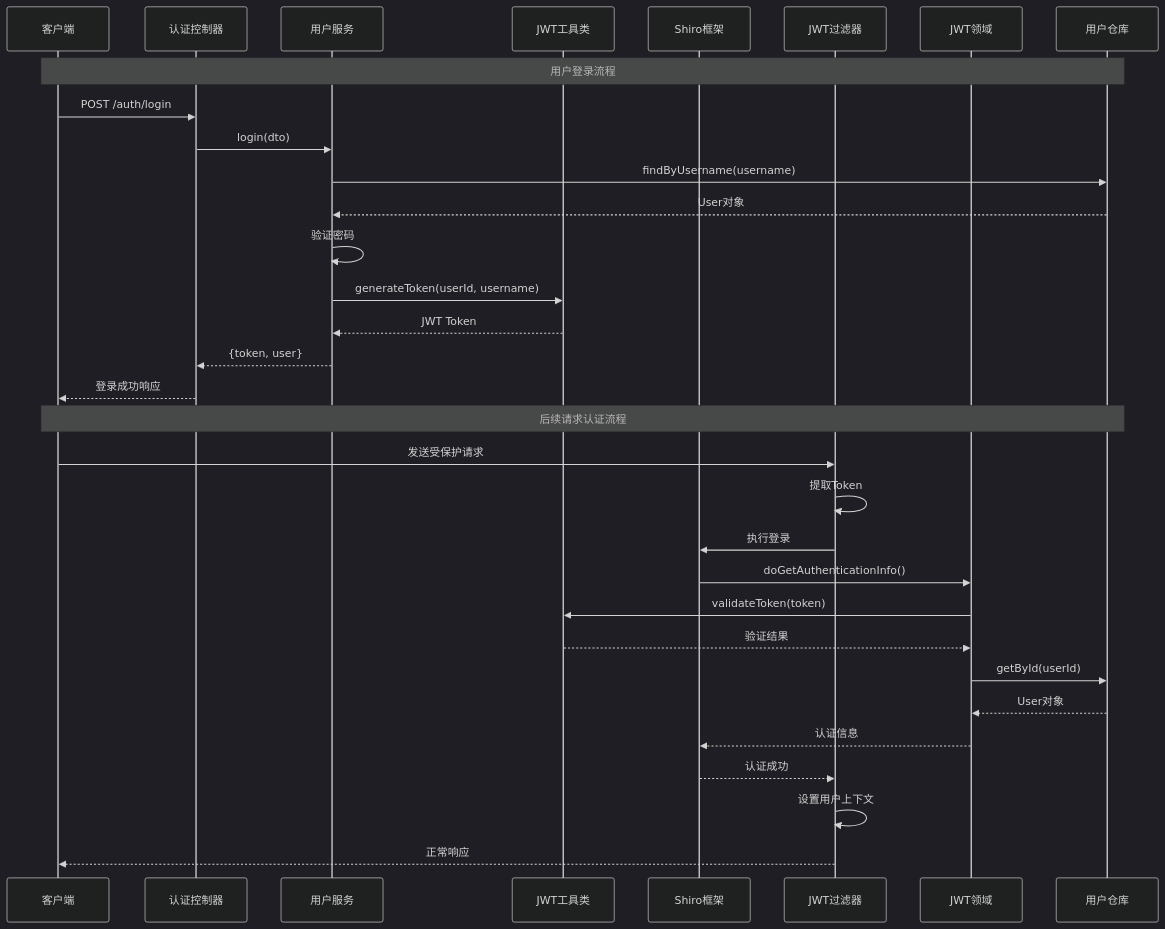
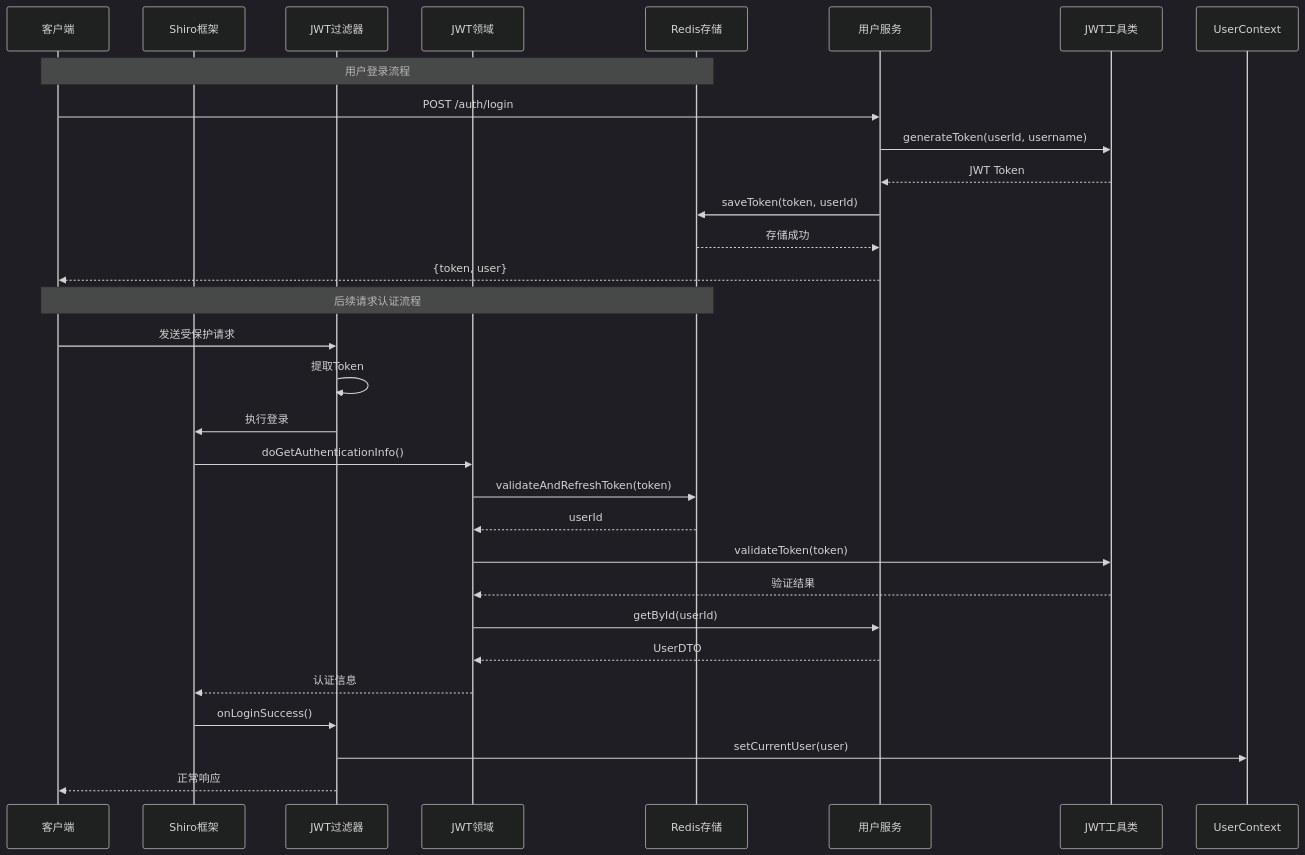
Before and after one commit to 20164206160/zhishilu: the second of 6 diagrams in .qoder/repowiki/zh/content/安全认证系统/JWT认证机制.md, drawn with Mermaid (dark theme). The commit also changed other lines of this file and 28 other files, not shown here.

````diff
--- a/.qoder/repowiki/zh/content/安全认证系统/JWT认证机制.md
+++ b/.qoder/repowiki/zh/content/安全认证系统/JWT认证机制.md
@@ -155,34 +187,32 @@
 ```mermaid
 sequenceDiagram
 participant Client as 客户端
-participant AuthCtrl as 认证控制器
-participant UserService as 用户服务
-participant JwtUtil as JWT工具类
 participant Shiro as Shiro框架
 participant JwtFilter as JWT过滤器
 participant JwtRealm as JWT领域
-participant UserRepo as 用户仓库
-Note over Client,UserRepo : 用户登录流程
-Client->>AuthCtrl : POST /auth/login
-AuthCtrl->>UserService : login(dto)
-UserService->>UserRepo : findByUsername(username)
-UserRepo-->>UserService : User对象
-UserService->>UserService : 验证密码
+participant Redis as Redis存储
+participant UserService as 用户服务
+participant JwtUtil as JWT工具类
+Note over Client,Redis : 用户登录流程
+Client->>UserService : POST /auth/login
 UserService->>JwtUtil : generateToken(userId, username)
 JwtUtil-->>UserService : JWT Token
-UserService-->>AuthCtrl : {token, user}
-AuthCtrl-->>Client : 登录成功响应
-Note over Client,UserRepo : 后续请求认证流程
+UserService->>Redis : saveToken(token, userId)
+Redis-->>UserService : 存储成功
+UserService-->>Client : {token, user}
+Note over Client,Redis : 后续请求认证流程
 Client->>JwtFilter : 发送受保护请求
 JwtFilter->>JwtFilter : 提取Token
 JwtFilter->>Shiro : 执行登录
 Shiro->>JwtRealm : doGetAuthenticationInfo()
+JwtRealm->>Redis : validateAndRefreshToken(token)
+Redis-->>JwtRealm : userId
 JwtRealm->>JwtUtil : validateToken(token)
 JwtUtil-->>JwtRealm : 验证结果
-JwtRealm->>UserRepo : getById(userId)
-UserRepo-->>JwtRealm : User对象
+JwtRealm->>UserService : getById(userId)
+UserService-->>JwtRealm : UserDTO
 JwtRealm-->>Shiro : 认证信息
-Shiro-->>JwtFilter : 认证成功
-JwtFilter->>JwtFilter : 设置用户上下文
+Shiro->>JwtFilter : onLoginSuccess()
+JwtFilter->>UserContext : setCurrentUser(user)
 JwtFilter-->>Client : 正常响应
 ```
````
